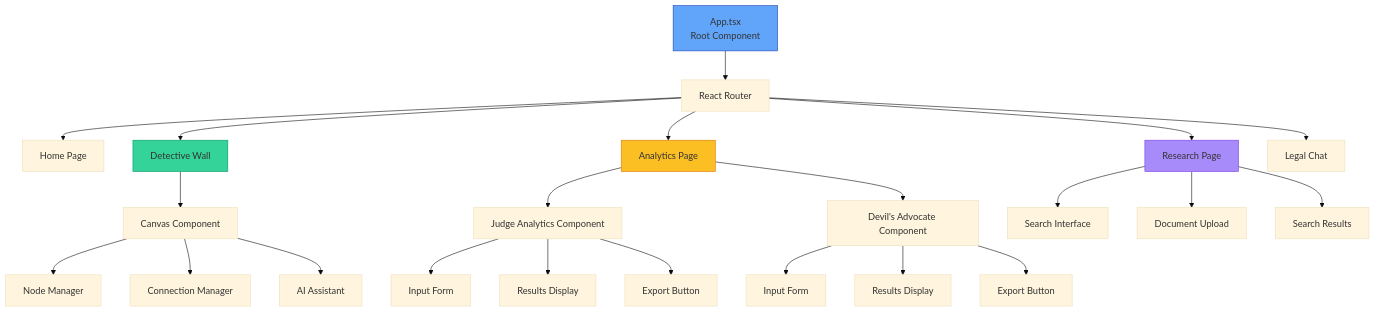
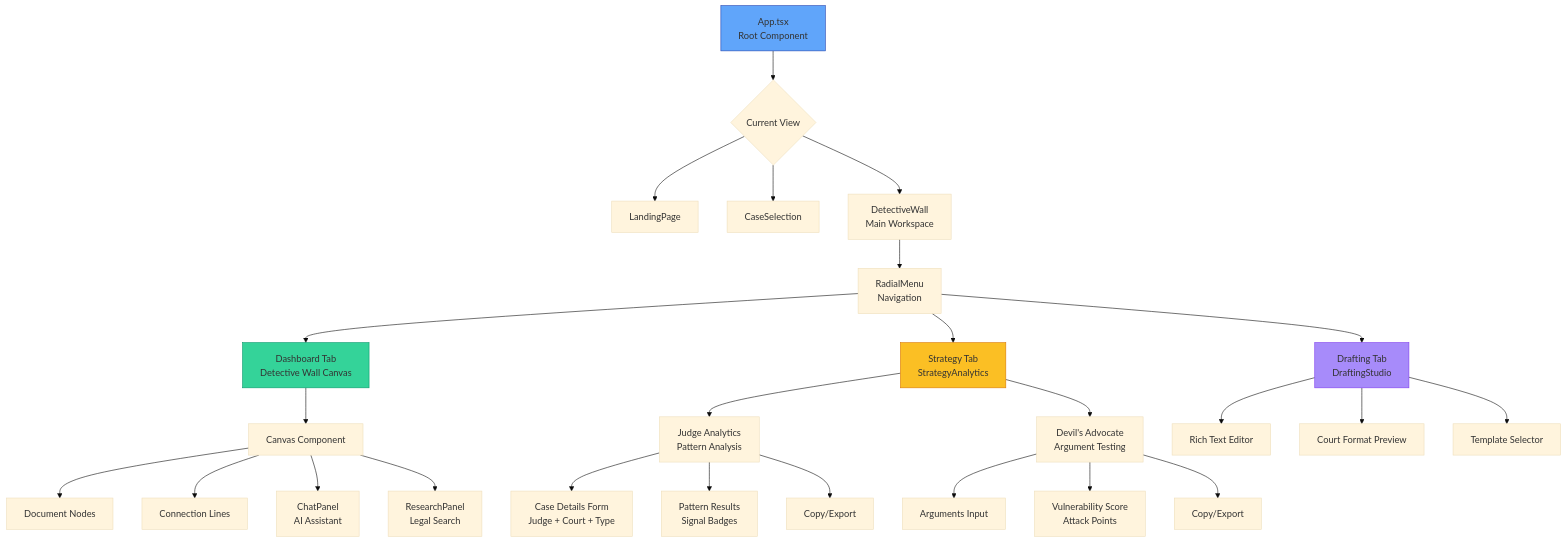
One commit to DakshThakur-13/Junior changed diagram 13 of 14 in docs/ARCHITECTURE_DIAGRAMS.md. Above: the diagram before and after it, drawn with Mermaid (base theme). The commit also changed other lines of this file, not shown here.

Commit message:
Update architecture diagrams - Dec 26, 2025
- Updated Judge Analytics workflow to show new auto-fetch feature
- Added 'Coming Soon' auto-fetch branch in flow diagram
- Updated signal descriptions (High=Critical, Medium=Notable, Low=Favorable)
- Rewrote Frontend Component Architecture to match actual implementation
- Added RadialMenu navigation, StrategyAnalytics, DraftingStudio components
- Added timestamp to document header

````diff
--- a/docs/ARCHITECTURE_DIAGRAMS.md
+++ b/docs/ARCHITECTURE_DIAGRAMS.md
@@ -468,35 +478,40 @@
 ```mermaid
 graph TD
-    APP[App.tsx<br/>Root Component] --> ROUTER[React Router]
+    APP[App.tsx<br/>Root Component] --> VIEW{Current View}
     
-    ROUTER --> HOME[Home Page]
-    ROUTER --> RESEARCH[Research Page]
-    ROUTER --> DETECTIVE[Detective Wall]
-    ROUTER --> ANALYTICS[Analytics Page]
-    ROUTER --> CHAT[Legal Chat]
+    VIEW --> LANDING[LandingPage]
+    VIEW --> SELECTION[CaseSelection]
+    VIEW --> WALL[DetectiveWall<br/>Main Workspace]
     
-    ANALYTICS --> JUDGE[Judge Analytics Component]
-    ANALYTICS --> DEVIL[Devil's Advocate Component]
+    WALL --> RADIAL[RadialMenu<br/>Navigation]
     
-    JUDGE --> FORM_J[Input Form]
-    JUDGE --> RESULTS_J[Results Display]
-    JUDGE --> EXPORT_J[Export Button]
+    RADIAL --> DASHBOARD[Dashboard Tab<br/>Detective Wall Canvas]
+    RADIAL --> STRATEGY[Strategy Tab<br/>StrategyAnalytics]
+    RADIAL --> DRAFTING[Drafting Tab<br/>DraftingStudio]
     
-    DEVIL --> FORM_D[Input Form]
-    DEVIL --> RESULTS_D[Results Display]
-    DEVIL --> EXPORT_D[Export Button]
+    STRATEGY --> JUDGE[Judge Analytics<br/>Pattern Analysis]
+    STRATEGY --> DEVIL[Devil's Advocate<br/>Argument Testing]
     
-    DETECTIVE --> CANVAS[Canvas Component]
-    CANVAS --> NODE_MGR[Node Manager]
-    CANVAS --> CONN_MGR[Connection Manager]
-    CANVAS --> AI_ASSIST[AI Assistant]
+    JUDGE --> FORM_J[Case Details Form<br/>Judge + Court + Type]
+    JUDGE --> RESULTS_J[Pattern Results<br/>Signal Badges]
+    JUDGE --> EXPORT_J[Copy/Export]
     
-    RESEARCH --> SEARCH[Search Interface]
-    RESEARCH --> UPLOAD[Document Upload]
-    RESEARCH --> RESULTS[Search Results]
+    DEVIL --> FORM_D[Arguments Input]
+    DEVIL --> RESULTS_D[Vulnerability Score<br/>Attack Points]
+    DEVIL --> EXPORT_D[Copy/Export]
+    
+    DASHBOARD --> CANVAS[Canvas Component]
+    CANVAS --> NODES[Document Nodes]
+    CANVAS --> CONNECTIONS[Connection Lines]
+    CANVAS --> CHAT[ChatPanel<br/>AI Assistant]
+    CANVAS --> RESEARCH[ResearchPanel<br/>Legal Search]
+    
+    DRAFTING --> EDITOR[Rich Text Editor]
+    DRAFTING --> PREVIEW[Court Format Preview]
+    DRAFTING --> TEMPLATES[Template Selector]
     
     style APP fill:#60a5fa,stroke:#1e40af
-    style ANALYTICS fill:#fbbf24,stroke:#d97706
-    style DETECTIVE fill:#34d399,stroke:#059669
-    style RESEARCH fill:#a78bfa,stroke:#7c3aed
+    style STRATEGY fill:#fbbf24,stroke:#d97706
+    style DASHBOARD fill:#34d399,stroke:#059669
+    style DRAFTING fill:#a78bfa,stroke:#7c3aed
 ```
````
